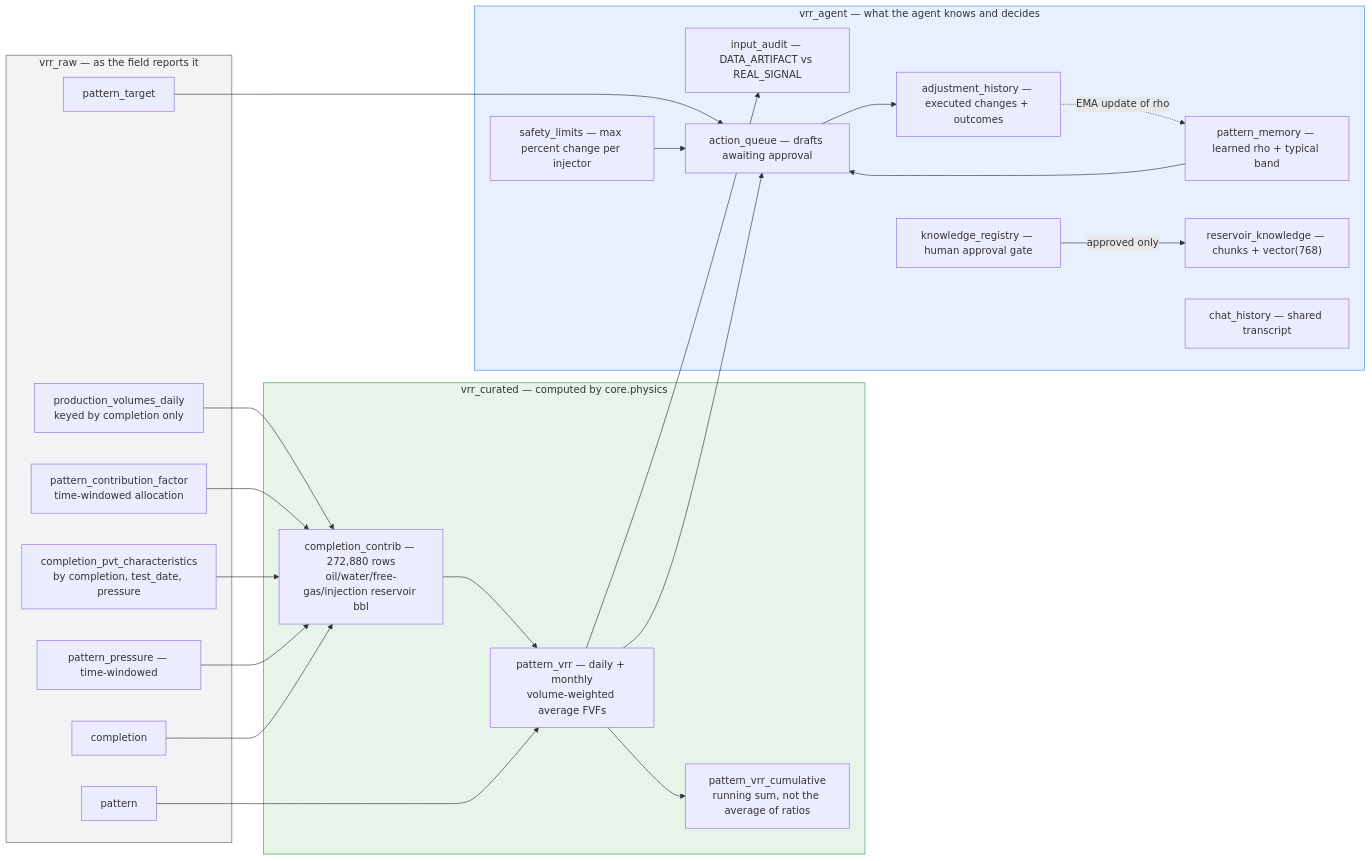
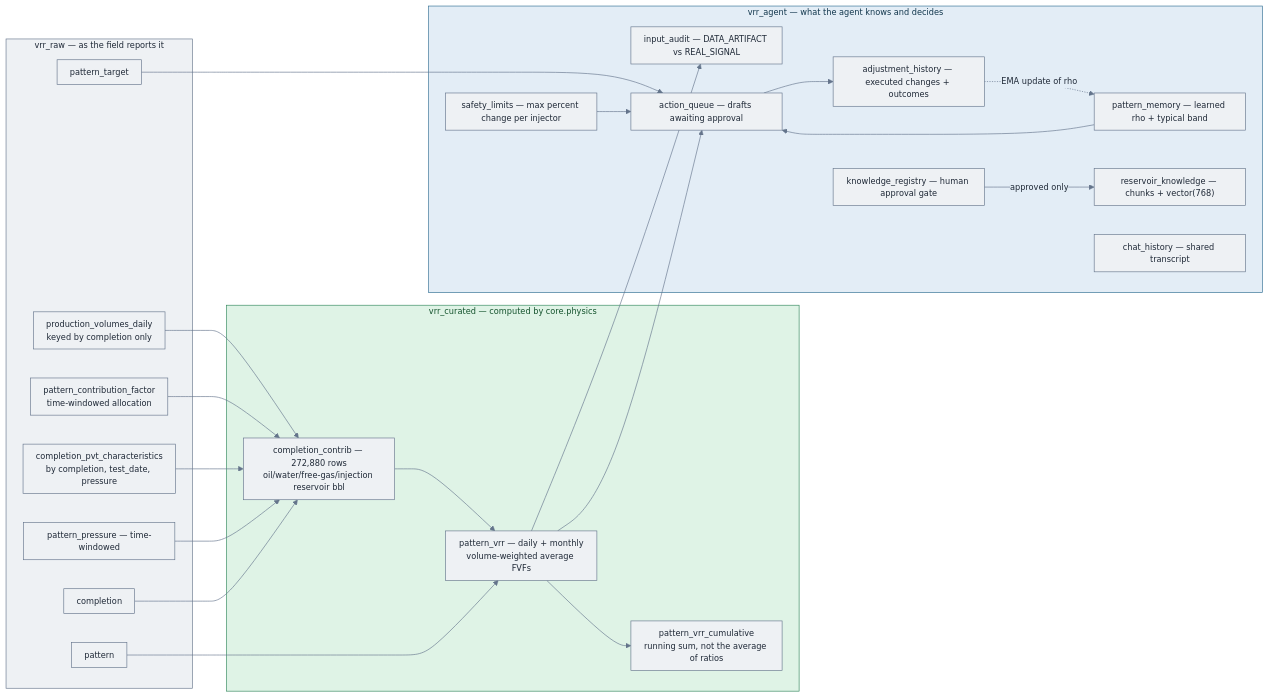
One commit to vamshi455/vrr-agent-open changed the third of 19 diagrams in README.md. Above: the diagram before and after it, drawn with Mermaid. The commit also changed other lines of this file and 2 other files, not shown here.

````diff
--- a/README.md
+++ b/README.md
@@ -266,48 +303,52 @@
 ```mermaid
+%%{init: {'theme':'base','themeVariables':{'fontFamily':'ui-sans-serif, system-ui, -apple-system, sans-serif','fontSize':'13px','lineColor':'#64748b','primaryColor':'#eef1f4','primaryTextColor':'#1f2937','primaryBorderColor':'#64748b','secondaryColor':'#e3edf6','tertiaryColor':'#eef1f4'},'flowchart':{'htmlLabels':true,'padding':10,'nodeSpacing':46,'rankSpacing':54,'curve':'basis','useMaxWidth':true},'sequence':{'useMaxWidth':true,'boxMargin':8}}}%%
 flowchart LR
     subgraph RAW["vrr_raw — as the field reports it"]
         PV["production_volumes_daily<br/>keyed by completion only"]
         PAT["pattern"]
         COMP["completion"]
         PCF["pattern_contribution_factor<br/>time-windowed allocation"]
         PP["pattern_pressure — time-windowed"]
         PVT["completion_pvt_characteristics<br/>by completion, test_date, pressure"]
         PT["pattern_target"]
     end
     subgraph CURATED["vrr_curated — computed by core.physics"]
         CC["completion_contrib — 272,880 rows<br/>oil/water/free-gas/injection reservoir bbl"]
         PVRR["pattern_vrr — daily + monthly<br/>volume-weighted average FVFs"]
         CUM["pattern_vrr_cumulative<br/>running sum, not the average of ratios"]
     end
     subgraph AGENTS["vrr_agent — what the agent knows and decides"]
         MEM["pattern_memory — learned rho + typical band"]
         IA["input_audit — DATA_ARTIFACT vs REAL_SIGNAL"]
         AQ["action_queue — drafts awaiting approval"]
         AH["adjustment_history — executed changes + outcomes"]
         SL["safety_limits — max percent change per injector"]
         RK["reservoir_knowledge — chunks + vector(768)"]
         KR["knowledge_registry — human approval gate"]
         CH["chat_history — shared transcript"]
     end
 
     PV --> CC
     PCF --> CC
     PVT --> CC
     PP --> CC
     COMP --> CC
     CC --> PVRR
     PVRR --> CUM
     PVRR --> IA
     PVRR --> AQ
     PAT --> PVRR
     PT --> AQ
     MEM --> AQ
     SL --> AQ
     AQ --> AH
     AH -.->|"EMA update of rho"| MEM
     KR -->|"approved only"| RK
 
-    style RAW fill:#f1f3f4,stroke:#5f6368
-    style CURATED fill:#e6f4ea,stroke:#34a853
-    style AGENTS fill:#e8f0fe,stroke:#4285f4
+    classDef mute fill:#eef1f4,stroke:#64748b,stroke-width:1px,color:#1f2937;
+    classDef ok fill:#dff3e6,stroke:#2f855a,stroke-width:1px,color:#14532d;
+    classDef data fill:#e3edf6,stroke:#2d6b91,stroke-width:1px,color:#12374d;
+    class RAW mute;
+    class CURATED ok;
+    class AGENTS data;
 ```
````
